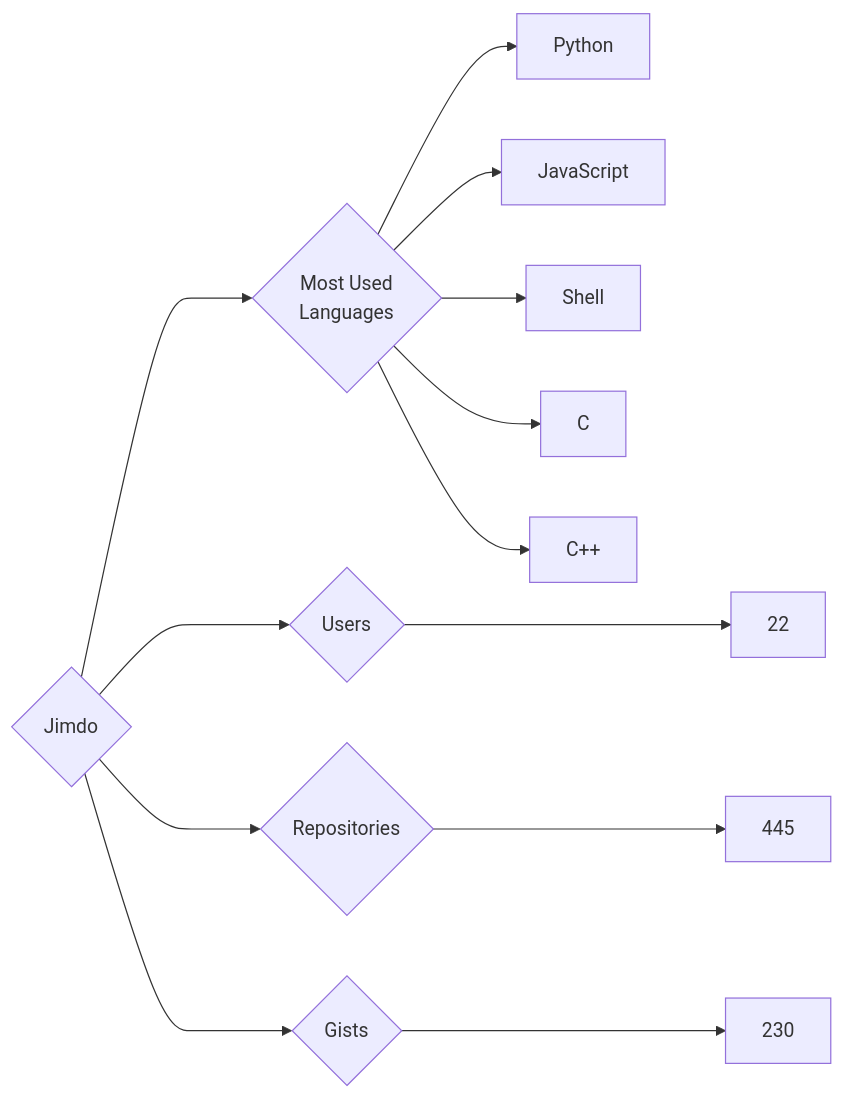
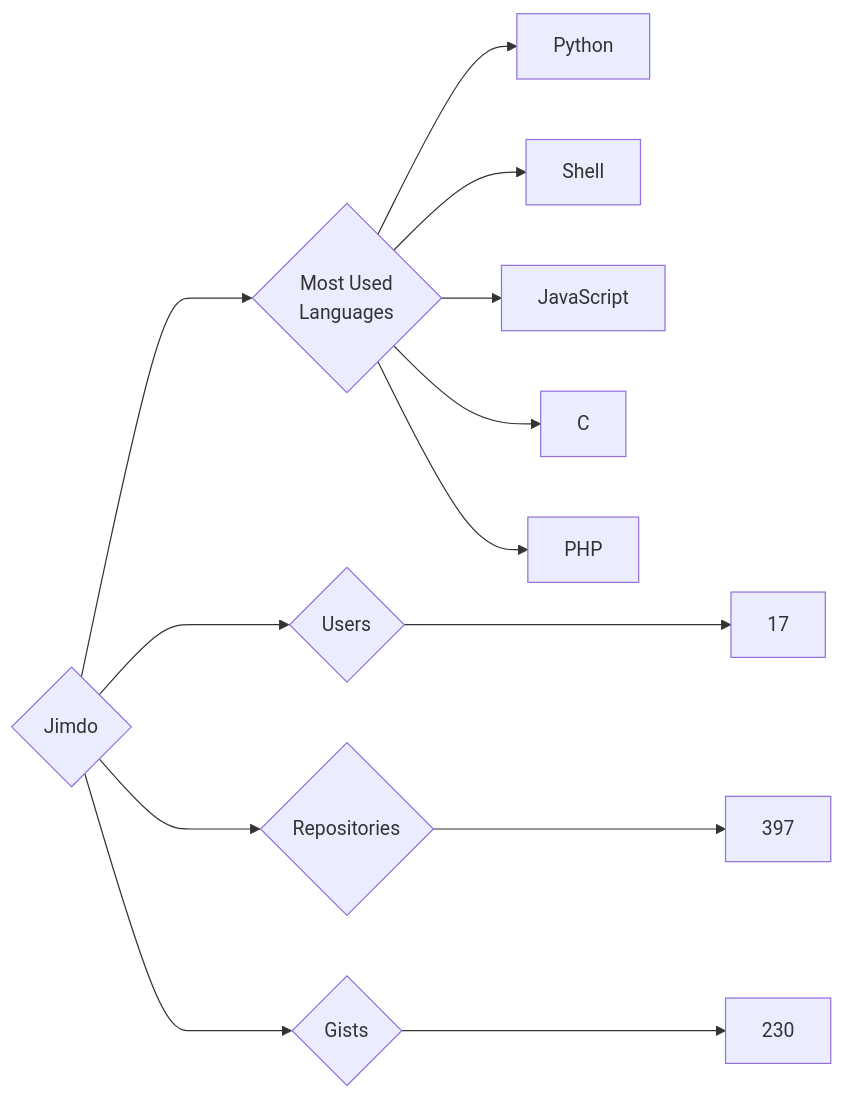
Before and after one commit to trickest/insiders: the diagram in targets/Jimdo/README.md, drawn with Mermaid. The commit also changed 847 other files, not shown here.

````diff
--- a/targets/Jimdo/README.md
+++ b/targets/Jimdo/README.md
@@ -3,13 +3,13 @@
 ```mermaid
 graph LR
 COMPANY_NAME{Jimdo}
-COMPANY_NAME ---> U{Users} ---> UN[22]
-COMPANY_NAME ---> R{Repositories} ---> RN[445]
+COMPANY_NAME ---> U{Users} ---> UN[17]
+COMPANY_NAME ---> R{Repositories} ---> RN[397]
 COMPANY_NAME ---> G{Gists} ---> GN[230]
 COMPANY_NAME ---> ML{Most Used<br>Languages}
 ML --> Python[Python]
+ML --> Shell[Shell]
 ML --> JavaScript[JavaScript]
-ML --> Shell[Shell]
 ML --> C[C]
-ML --> C++[C++]
+ML --> PHP[PHP]
 ```
````
